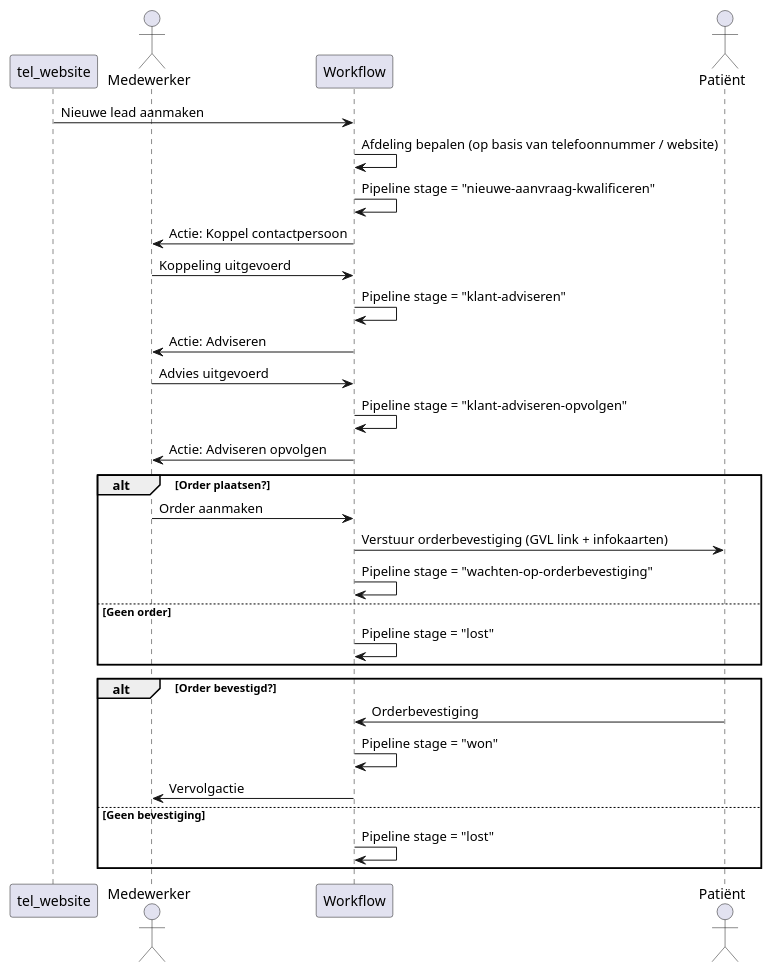
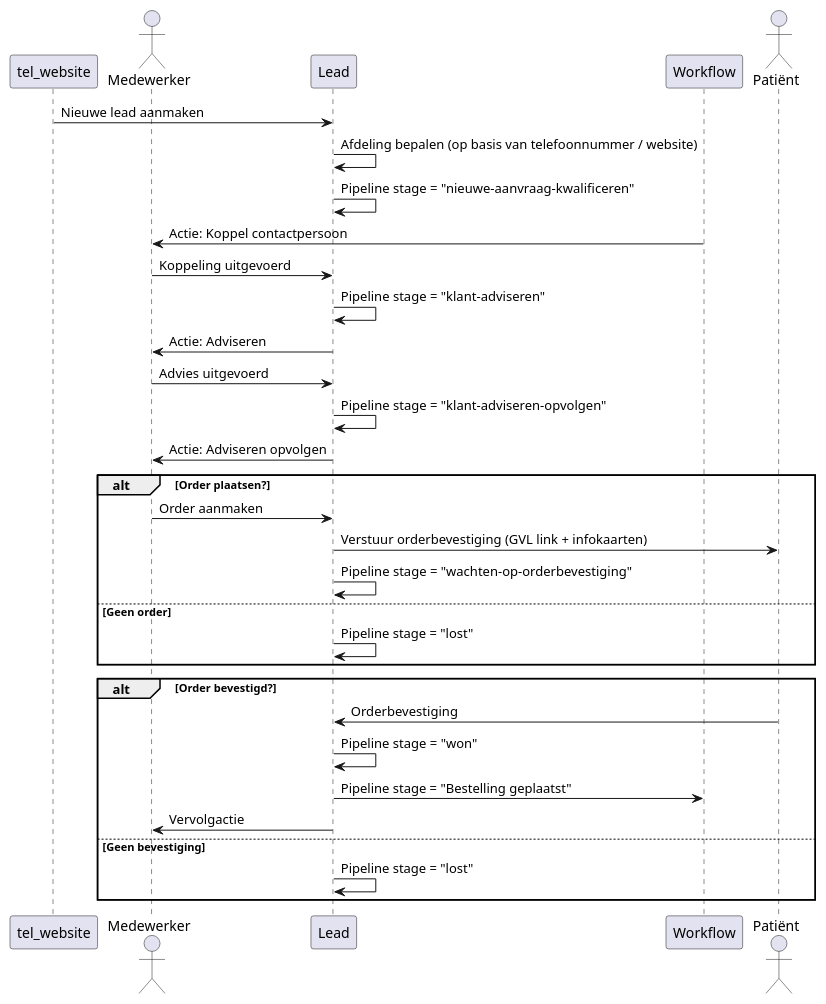
One commit to privatescanbv/krayin-laravel-crm changed the third of 4 diagrams in docs/index.adoc. Above: the diagram before and after it, drawn with PlantUML. The commit also changed 49 other files, not shown here.

Commit message:
add workflow lead

```diff
--- a/docs/index.adoc
+++ b/docs/index.adoc
@@ -345,39 +345,41 @@
 [plantuml, lead-lifecycle, svg]
 ....
 @startuml
 participant tel_website
 actor Medewerker
+participant Lead
 participant Workflow
 actor Patiënt
 
-tel_website -> Workflow : Nieuwe lead aanmaken
-Workflow -> Workflow : Afdeling bepalen (op basis van telefoonnummer / website)
-Workflow -> Workflow : Pipeline stage = "nieuwe-aanvraag-kwalificeren"
+tel_website -> Lead : Nieuwe lead aanmaken
+Lead -> Lead : Afdeling bepalen (op basis van telefoonnummer / website)
+Lead -> Lead : Pipeline stage = "nieuwe-aanvraag-kwalificeren"
 
 Workflow -> Medewerker : Actie: Koppel contactpersoon
 
-Medewerker -> Workflow : Koppeling uitgevoerd
-Workflow -> Workflow : Pipeline stage = "klant-adviseren"
-Workflow -> Medewerker : Actie: Adviseren
+Medewerker -> Lead : Koppeling uitgevoerd
+Lead -> Lead : Pipeline stage = "klant-adviseren"
+Lead -> Medewerker : Actie: Adviseren
 
-Medewerker -> Workflow : Advies uitgevoerd
-Workflow -> Workflow : Pipeline stage = "klant-adviseren-opvolgen"
-Workflow -> Medewerker : Actie: Adviseren opvolgen
+Medewerker -> Lead : Advies uitgevoerd
+Lead -> Lead : Pipeline stage = "klant-adviseren-opvolgen"
+Lead -> Medewerker : Actie: Adviseren opvolgen
 
 alt Order plaatsen?
-  Medewerker -> Workflow : Order aanmaken
-  Workflow -> Patiënt : Verstuur orderbevestiging (GVL link + infokaarten)
-  Workflow -> Workflow : Pipeline stage = "wachten-op-orderbevestiging"
+  Medewerker -> Lead : Order aanmaken
+  Lead -> Patiënt : Verstuur orderbevestiging (GVL link + infokaarten)
+  Lead -> Lead : Pipeline stage = "wachten-op-orderbevestiging"
 else Geen order
-  Workflow -> Workflow : Pipeline stage = "lost"
+  Lead -> Lead : Pipeline stage = "lost"
 end
 
 alt Order bevestigd?
-  Patiënt -> Workflow : Orderbevestiging
-  Workflow -> Workflow : Pipeline stage = "won"
-  Workflow -> Medewerker : Vervolgactie
+  Patiënt -> Lead : Orderbevestiging
+  Lead -> Lead : Pipeline stage = "won"
+  Lead -> Workflow : Pipeline stage = "Bestelling geplaatst"
+  Lead -> Medewerker : Vervolgactie
 else Geen bevestiging
-  Workflow -> Workflow : Pipeline stage = "lost"
+  Lead -> Lead : Pipeline stage = "lost"
 end
 @enduml
 ....
```
